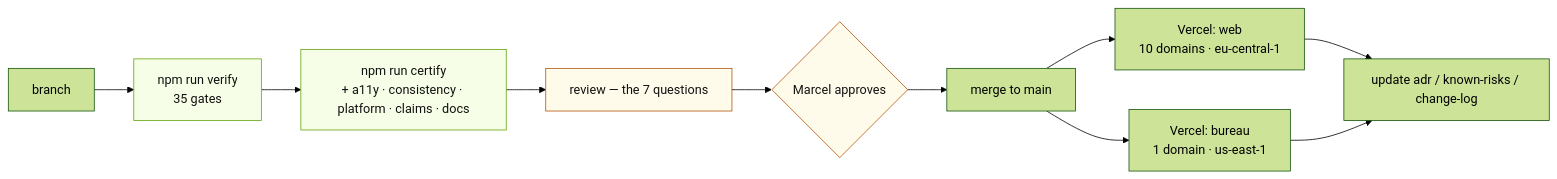
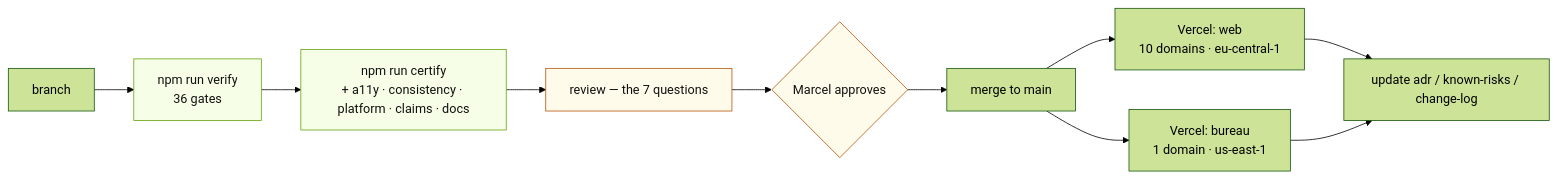
Before and after one commit to buddy1974/maxpromo.digital: the eighth of 10 diagrams in docs/architecture/diagrams.md, drawn with Mermaid (forest theme). The commit also changed 176 other files, not shown here.

````diff
--- a/docs/architecture/diagrams.md
+++ b/docs/architecture/diagrams.md
@@ -276,19 +276,19 @@
 ```mermaid
 flowchart LR
-  BR["branch"] --> V["npm run verify<br/>35 gates"]
+  BR["branch"] --> V["npm run verify<br/>36 gates"]
   V --> C["npm run certify<br/>+ a11y · consistency · platform · claims · docs"]
   C --> REV["review — the 7 questions"]
   REV --> APP{"Marcel approves"}
   APP --> MERGE["merge to main"]
 
   MERGE --> VW["Vercel: web<br/>10 domains · eu-central-1"]
   MERGE --> VB["Vercel: bureau<br/>1 domain · us-east-1"]
 
   VW --> DOC["update adr / known-risks / change-log"]
   VB --> DOC
 
   classDef gate fill:#F7FEE7,stroke:#65A30D,color:#111111
   classDef human fill:#FFFBEB,stroke:#B45309,color:#111111
   class V,C gate
   class REV,APP human
 ```
````
